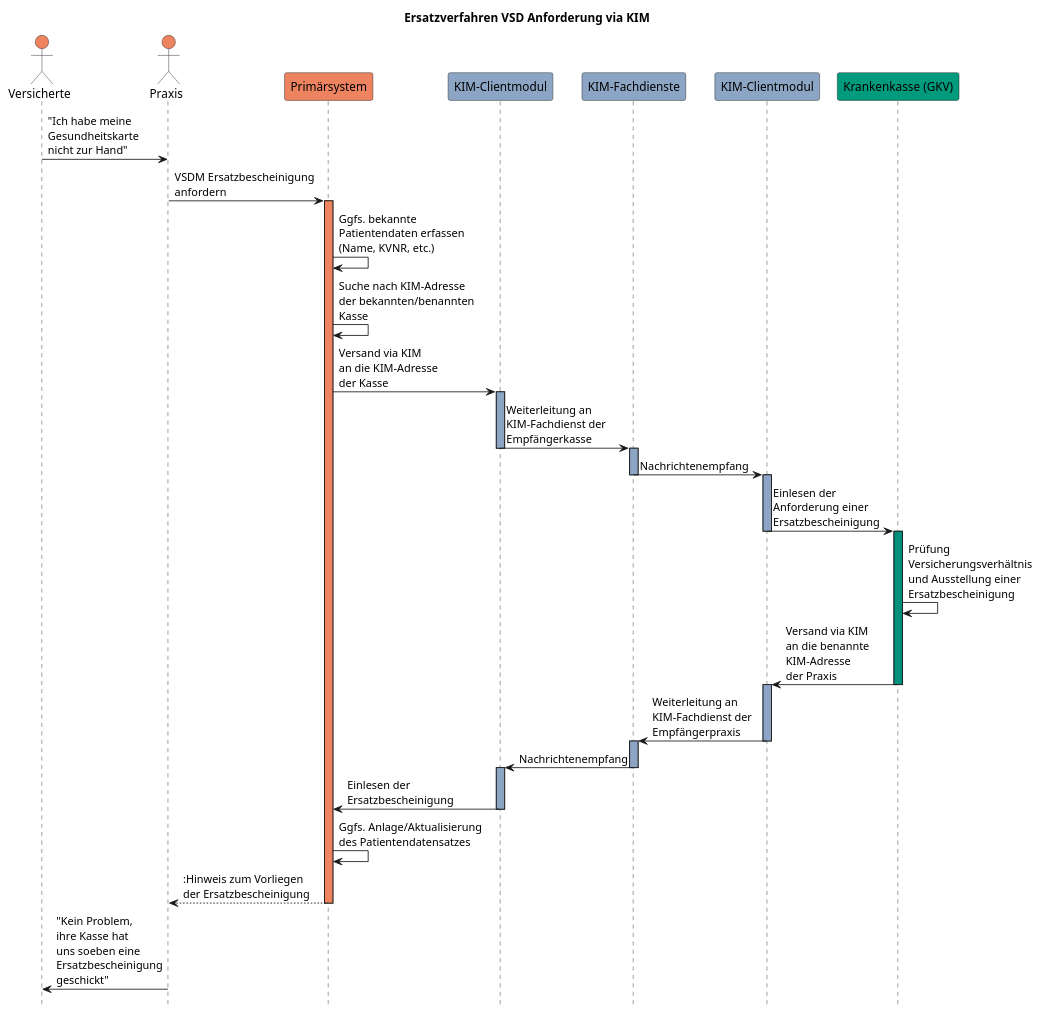
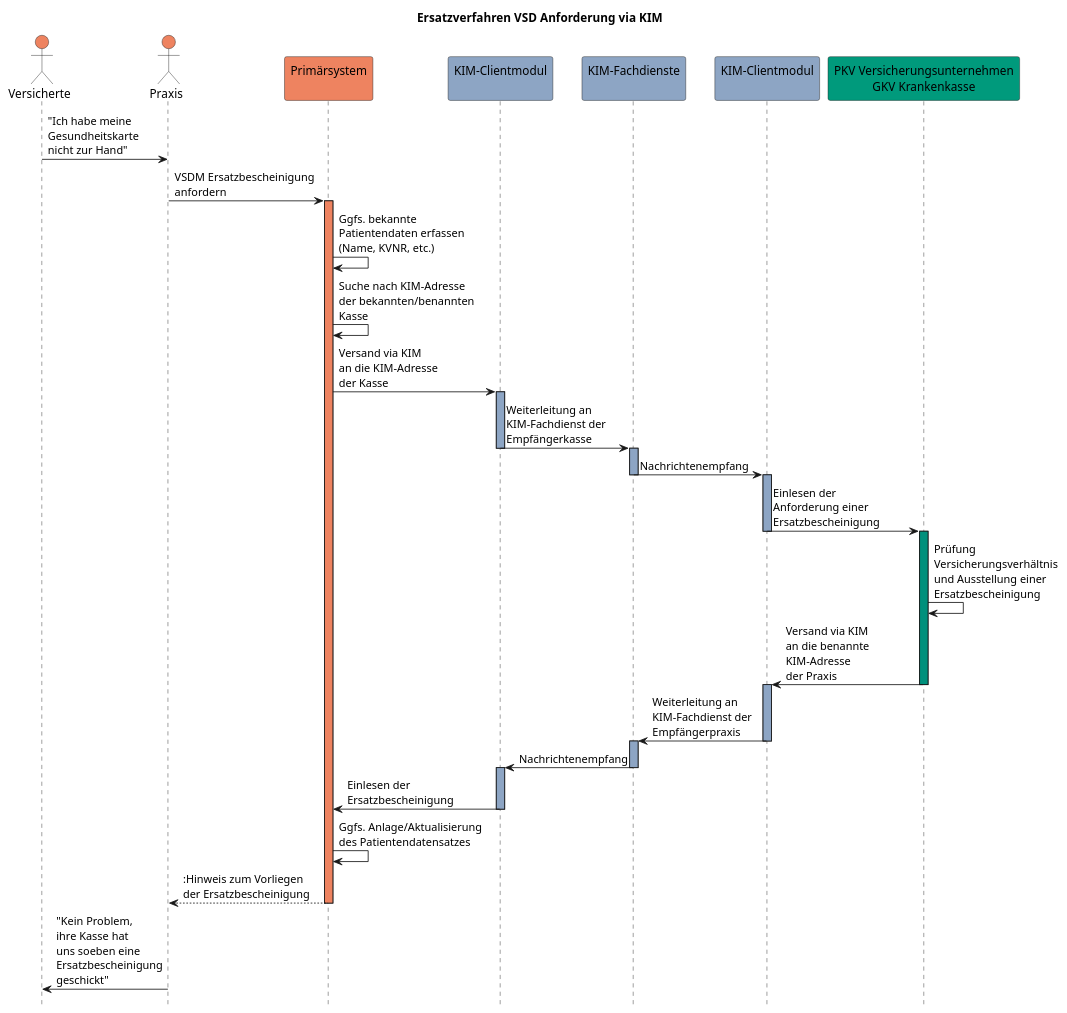
Before and after one commit to gematik/spec-VSDM-Ersatzbescheinigung: the diagram in ImplementationGuide/images/gkv_ersatzverfahren.puml, drawn with PlantUML. The commit also changed 3 other files, not shown here.

```diff
--- a/ImplementationGuide/images/gkv_ersatzverfahren.puml
+++ b/ImplementationGuide/images/gkv_ersatzverfahren.puml
@@ -1,45 +1,45 @@
 @startuml gkv_ersatzverfahren
 hide footbox
 title Ersatzverfahren VSD Anforderung via KIM
 actor Vers as "Versicherte" #ee8360
 actor LE as "Praxis" #ee8360
-participant PVS as "Primärsystem" #ee8360
-participant KIMCM1 as "KIM-Clientmodul" #8da5c4
-participant KIMFD as "KIM-Fachdienste" #8da5c4
-participant KIMCM2 as "KIM-Clientmodul" #8da5c4
-participant Kasse as "Krankenkasse (GKV)" #009a7c
+participant PVS as "Primärsystem\n" #ee8360
+participant KIMCM1 as "KIM-Clientmodul\n" #8da5c4
+participant KIMFD as "KIM-Fachdienste\n" #8da5c4
+participant KIMCM2 as "KIM-Clientmodul\n" #8da5c4
+participant Kasse as "PKV Versicherungsunternehmen\nGKV Krankenkasse" #009a7c
 
 Vers -> LE: "Ich habe meine\nGesundheitskarte\nnicht zur Hand"
 LE -> PVS: VSDM Ersatzbescheinigung\nanfordern
 activate PVS #ee8360
 PVS -> PVS: Ggfs. bekannte\nPatientendaten erfassen\n(Name, KVNR, etc.)
 PVS -> PVS: Suche nach KIM-Adresse\nder bekannten/benannten\nKasse
 PVS -> KIMCM1: Versand via KIM\nan die KIM-Adresse\nder Kasse
 activate KIMCM1 #8da5c4
 KIMCM1 -> KIMFD: Weiterleitung an\nKIM-Fachdienst der\nEmpfängerkasse
 deactivate KIMCM1
 activate KIMFD #8da5c4
 KIMFD -> KIMCM2: Nachrichtenempfang
 deactivate KIMFD
 activate KIMCM2 #8da5c4
 KIMCM2 -> Kasse: Einlesen der\nAnforderung einer\nErsatzbescheinigung
 deactivate KIMCM2
 activate Kasse #00907c
 Kasse -> Kasse: Prüfung\nVersicherungsverhältnis\nund Ausstellung einer\nErsatzbescheinigung
 Kasse -> KIMCM2: Versand via KIM\nan die benannte\nKIM-Adresse\nder Praxis
 deactivate Kasse
 activate KIMCM2 #8da5c4
 KIMCM2 -> KIMFD: Weiterleitung an\nKIM-Fachdienst der\nEmpfängerpraxis
 deactivate KIMCM2
 activate KIMFD #8da5c4
 KIMFD -> KIMCM1: Nachrichtenempfang
 deactivate KIMFD
 activate KIMCM1 #8da5c4
 KIMCM1 -> PVS: Einlesen der\nErsatzbescheinigung
 deactivate KIMCM1
 PVS -> PVS: Ggfs. Anlage/Aktualisierung\ndes Patientendatensatzes
 PVS --> LE: :Hinweis zum Vorliegen\nder Ersatzbescheinigung
 deactivate PVS
 LE -> Vers: "Kein Problem,\nihre Kasse hat\nuns soeben eine\nErsatzbescheinigung\ngeschickt"
 
 @enduml
```
